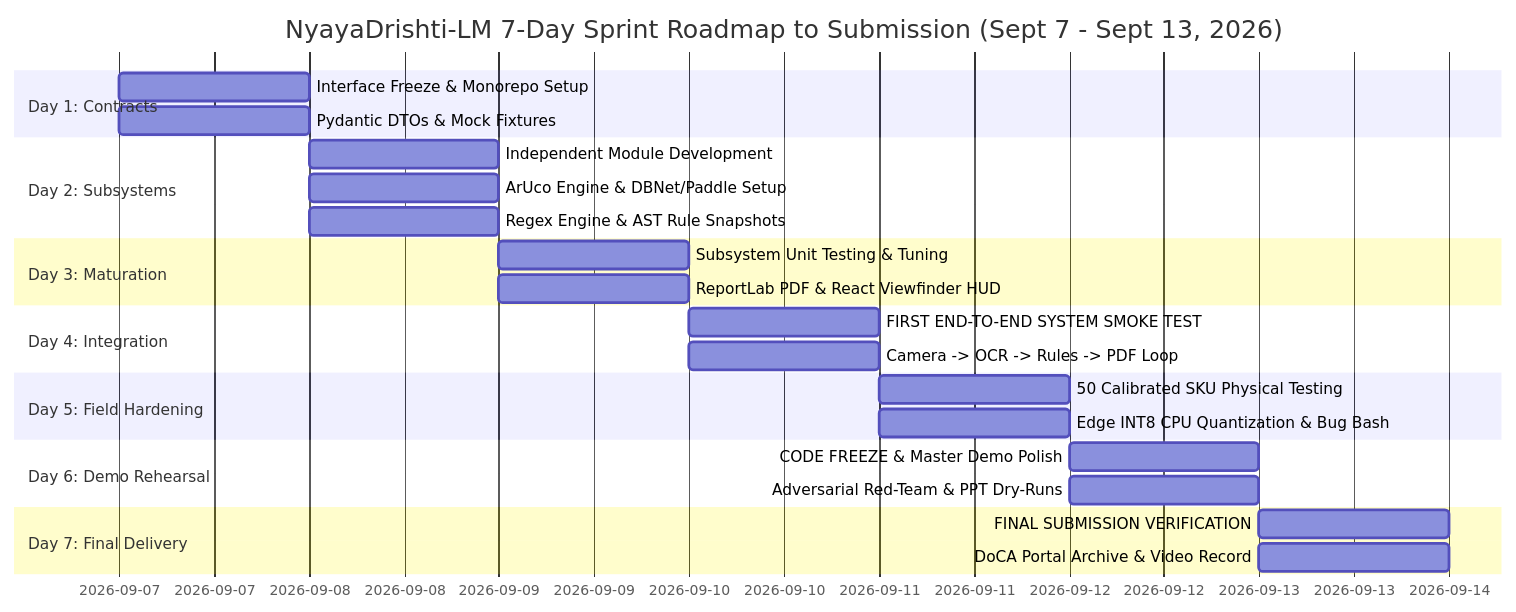
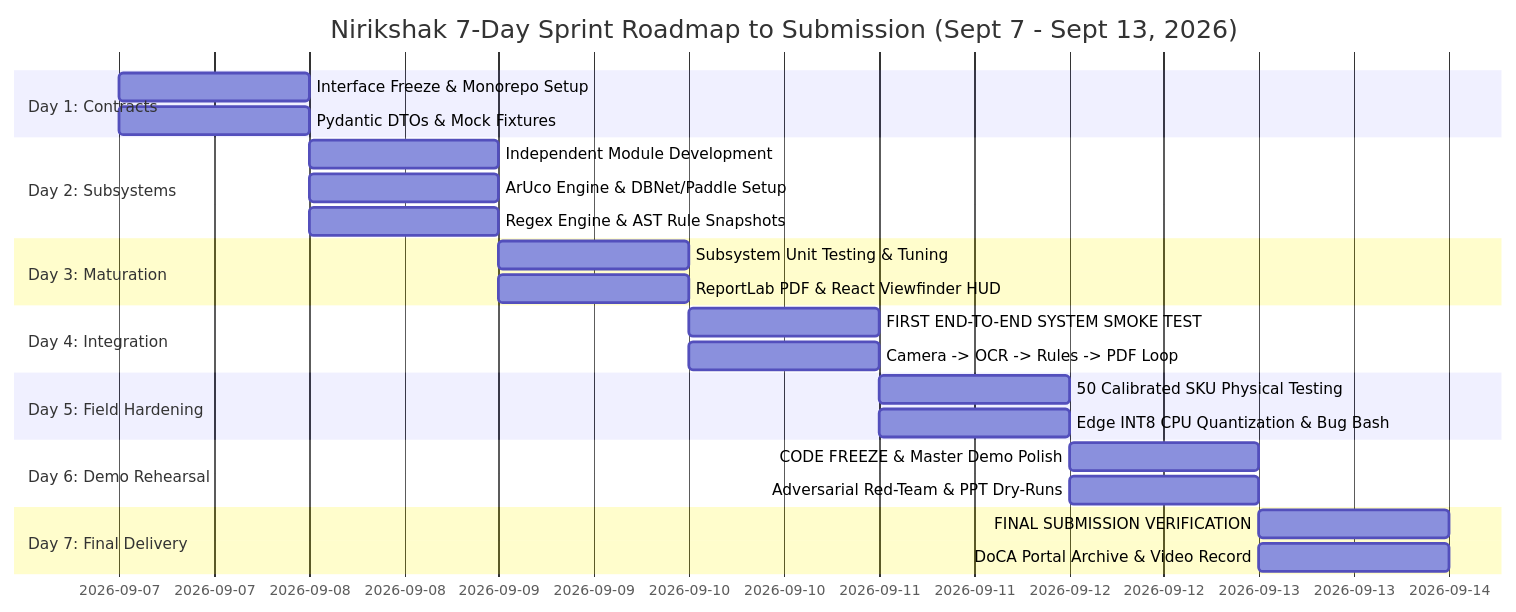
Diagram 21 of 27 in docs/research/PHASE_3_Solution_Blueprint.md (anonymousgrouphp-collab/sih26034), drawn with Mermaid before and after one commit. The commit also changed other lines of this file and 90 other files, not shown here.

````diff
--- a/docs/research/PHASE_3_Solution_Blueprint.md
+++ b/docs/research/PHASE_3_Solution_Blueprint.md
@@ -2056,27 +2056,27 @@
 ```mermaid
 gantt
-    title NyayaDrishti-LM 7-Day Sprint Roadmap to Submission (Sept 7 - Sept 13, 2026)
+    title Nirikshak 7-Day Sprint Roadmap to Submission (Sept 7 - Sept 13, 2026)
     dateFormat YYYY-MM-DD
     section Day 1: Contracts
     Interface Freeze & Monorepo Setup    :2026-09-07, 1d
     Pydantic DTOs & Mock Fixtures        :2026-09-07, 1d
     section Day 2: Subsystems
     Independent Module Development       :2026-09-08, 1d
     ArUco Engine & DBNet/Paddle Setup    :2026-09-08, 1d
     Regex Engine & AST Rule Snapshots    :2026-09-08, 1d
     section Day 3: Maturation
     Subsystem Unit Testing & Tuning      :2026-09-09, 1d
     ReportLab PDF & React Viewfinder HUD :2026-09-09, 1d
     section Day 4: Integration
     FIRST END-TO-END SYSTEM SMOKE TEST   :2026-09-10, 1d
     Camera -> OCR -> Rules -> PDF Loop   :2026-09-10, 1d
     section Day 5: Field Hardening
     50 Calibrated SKU Physical Testing   :2026-09-11, 1d
     Edge INT8 CPU Quantization & Bug Bash:2026-09-11, 1d
     section Day 6: Demo Rehearsal
     CODE FREEZE & Master Demo Polish     :2026-09-12, 1d
     Adversarial Red-Team & PPT Dry-Runs  :2026-09-12, 1d
     section Day 7: Final Delivery
     FINAL SUBMISSION VERIFICATION        :2026-09-13, 1d
     DoCA Portal Archive & Video Record   :2026-09-13, 1d
 ```
````
